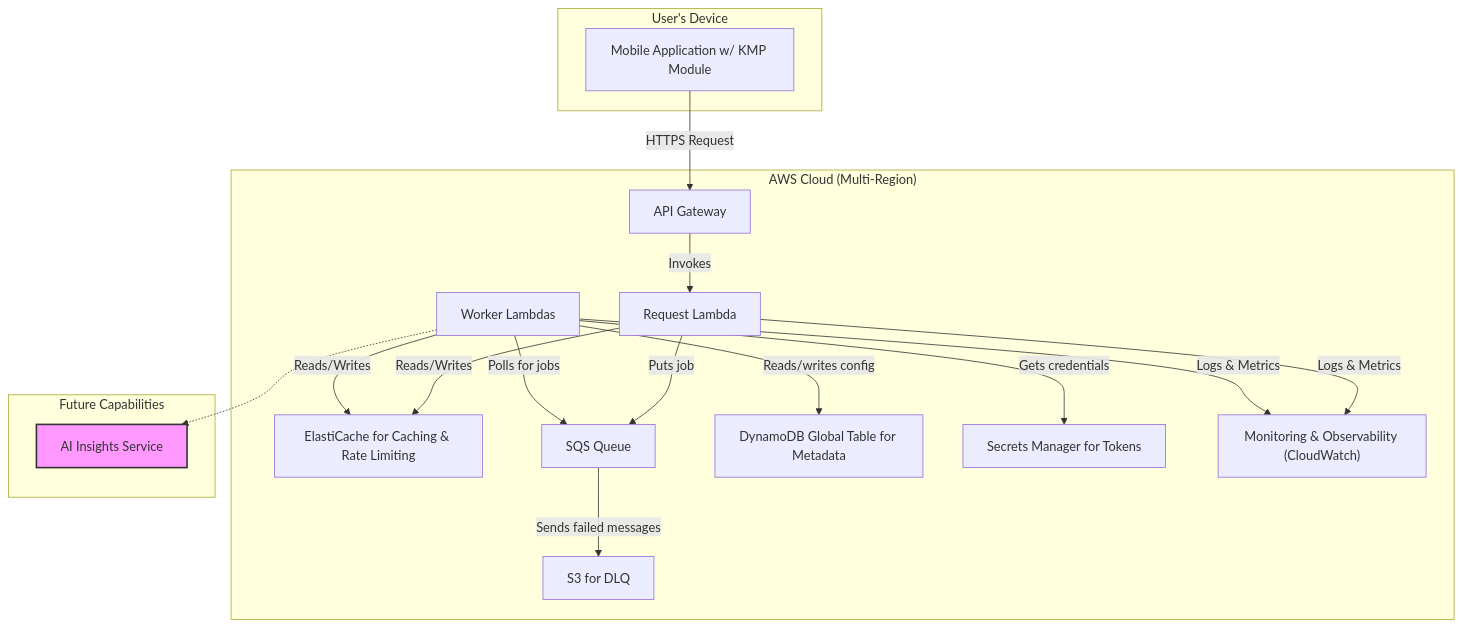
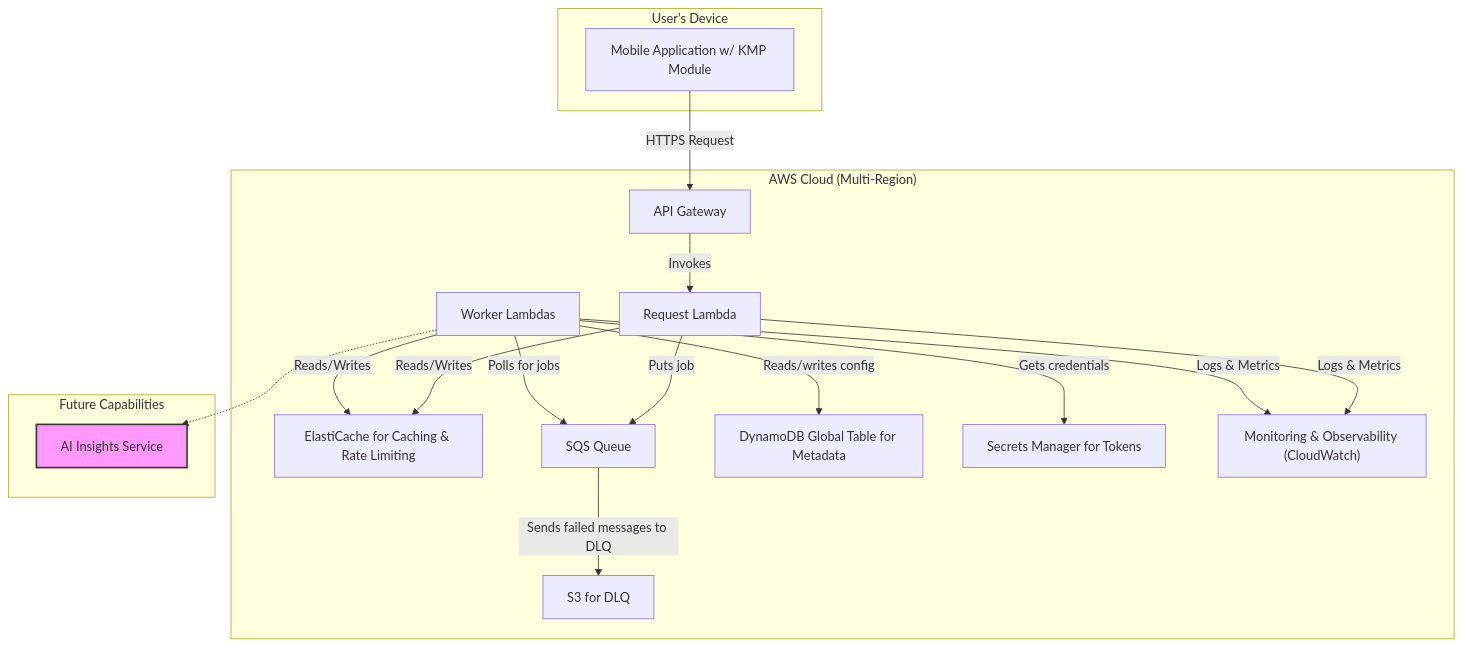
One commit to dino10bit/healthsync changed the second of 4 diagrams in 06-technical-architecture.md. Above: the diagram before and after it, drawn with Mermaid. The commit also changed other lines of this file and 4 other files, not shown here.

First line of the commit message:
Harmonize all PRD documents to align with a single AWS-native serverless architecture.

````diff
--- a/06-technical-architecture.md
+++ b/06-technical-architecture.md
@@ -67,37 +67,37 @@
 ```mermaid
 graph TD
     subgraph "AWS Cloud (Multi-Region)"
         APIGateway[API Gateway]
         ElastiCache[ElastiCache for Caching & Rate Limiting]
         RequestLambda[Request Lambda]
         SQSQueue[SQS Queue]
         WorkerLambda[Worker Lambdas]
         DynamoDB[DynamoDB Global Table for Metadata]
         SecretsManager[Secrets Manager for Tokens]
         S3[S3 for DLQ]
         Observability["Monitoring & Observability (CloudWatch)"]
     end
 
     subgraph "Future Capabilities"
         style AI_Service fill:#f9f,stroke:#333,stroke-width:2px
         AI_Service[AI Insights Service]
     end
 
     subgraph "User's Device"
         MobileApp[Mobile Application w/ KMP Module]
     end
 
     MobileApp -- HTTPS Request --> APIGateway
     APIGateway -- Invokes --> RequestLambda
     RequestLambda -- Puts job --> SQSQueue
     RequestLambda -- Reads/Writes --> ElastiCache
     WorkerLambda -- Polls for jobs --> SQSQueue
     WorkerLambda -- Reads/writes config --> DynamoDB
     WorkerLambda -- Gets credentials --> SecretsManager
     WorkerLambda -- Reads/Writes --> ElastiCache
     WorkerLambda -.-> AI_Service
-    SQSQueue -- Sends failed messages --> S3
+    SQSQueue -- Sends failed messages to DLQ --> S3
 
     RequestLambda -- Logs & Metrics --> Observability
     WorkerLambda -- Logs & Metrics --> Observability
 ```
````
